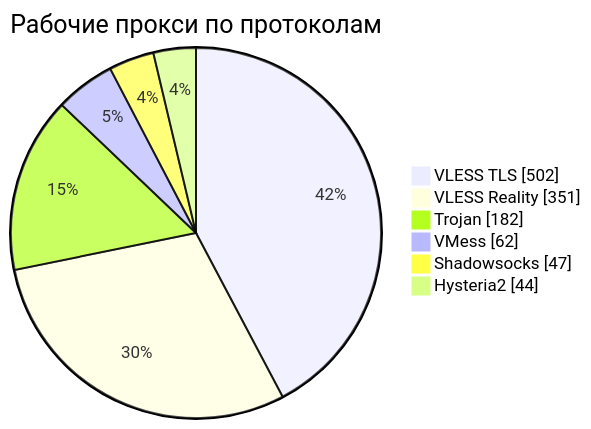
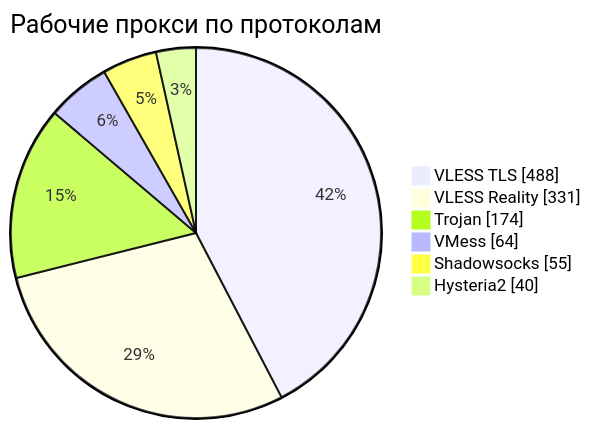
The third of 4 diagrams in README.md (rvvg/proxy-subs), drawn with Mermaid before and after one commit. The commit also changed other lines of this file and 51 other files, not shown here.

````diff
--- a/README.md
+++ b/README.md
@@ -141,10 +135,10 @@
 ```mermaid
 pie showData
     title Рабочие прокси по протоколам
-    "VLESS TLS" : 502
-    "VLESS Reality" : 351
-    "Trojan" : 182
-    "VMess" : 62
-    "Shadowsocks" : 47
-    "Hysteria2" : 44
+    "VLESS TLS" : 488
+    "VLESS Reality" : 331
+    "Trojan" : 174
+    "VMess" : 64
+    "Shadowsocks" : 55
+    "Hysteria2" : 40
 ```
````
